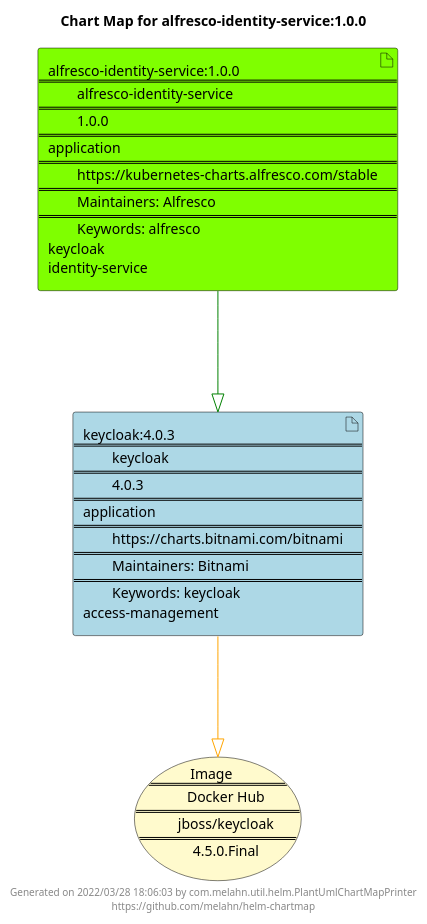
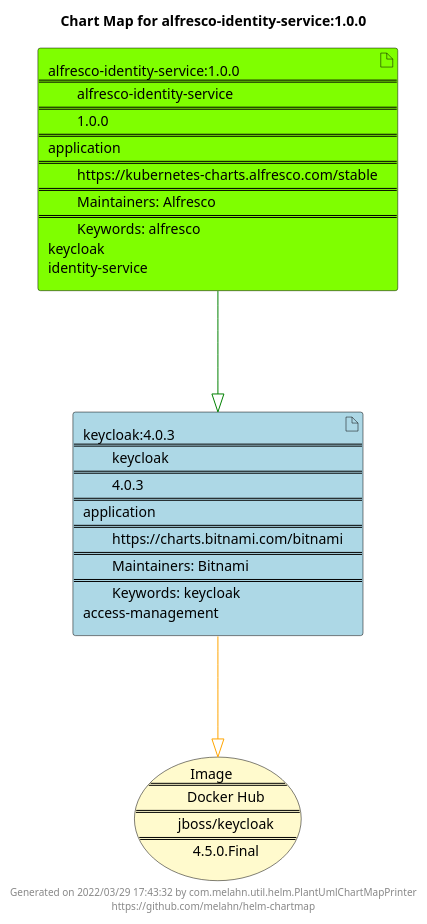
One commit to melahn/helm-chartmap changed the diagram in docs/alfresco-identity-service/alfresco-identity-service-1.0.0.puml. Above: the diagram before and after it, drawn with PlantUML. The commit also changed 55 other files, not shown here.

Commit message:
Update Example Chart Maps as part of GitHub build

```diff
--- a/docs/alfresco-identity-service/alfresco-identity-service-1.0.0.puml
+++ b/docs/alfresco-identity-service/alfresco-identity-service-1.0.0.puml
@@ -1,23 +1,23 @@
 @startuml
 skinparam linetype ortho
 skinparam backgroundColor white
 skinparam usecaseBorderColor black
 skinparam usecaseArrowColor LightSlateGray
 skinparam artifactBorderColor black
 skinparam artifactArrowColor LightSlateGray
 
 title Chart Map for alfresco-identity-service:1.0.0
 
 'There are 2 referenced Helm Charts
 artifact "keycloak:4.0.3\n====\n\tkeycloak\n====\n\t4.0.3\n====\napplication\n====\n\thttps://charts.bitnami.com/bitnami\n====\n\tMaintainers: Bitnami\n====\n\tKeywords: keycloak\naccess-management" as keycloak_4_0_3 #LightBlue
 artifact "alfresco-identity-service:1.0.0\n====\n\talfresco-identity-service\n====\n\t1.0.0\n====\napplication\n====\n\thttps://kubernetes-charts.alfresco.com/stable\n====\n\tMaintainers: Alfresco\n====\n\tKeywords: alfresco\nkeycloak\nidentity-service" as alfresco_identity_service_1_0_0 #Chartreuse
 
 'There is one referenced Docker Image
 usecase "Image\n====\n\tDocker Hub\n====\n\tjboss/keycloak\n====\n\t4.5.0.Final" as jboss_keycloak_4_5_0_Final #LemonChiffon
 
 'Chart Dependencies
 alfresco_identity_service_1_0_0--[#green]-|>keycloak_4_0_3
 keycloak_4_0_3--[#orange]-|>jboss_keycloak_4_5_0_Final
 
-center footer Generated on 2022/03/28 18:06:03 by com.melahn.util.helm.PlantUmlChartMapPrinter\nhttps://github.com/melahn/helm-chartmap
+center footer Generated on 2022/03/29 17:43:32 by com.melahn.util.helm.PlantUmlChartMapPrinter\nhttps://github.com/melahn/helm-chartmap
 @enduml
```
